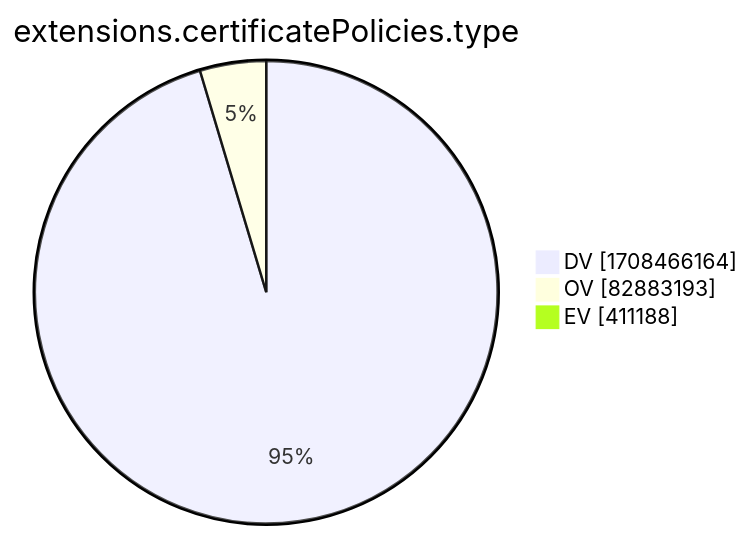
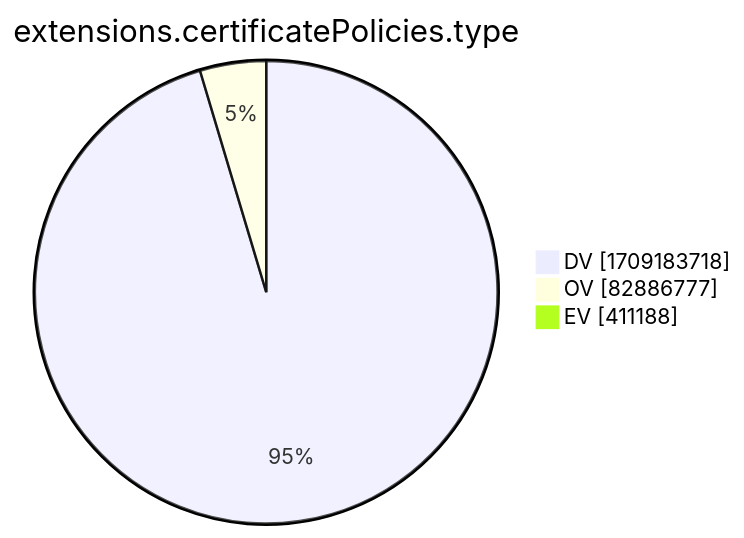
One commit to christiankrug/ctmonitor_visualization changed the tenth of 15 diagrams in xenon2022/README.md. Above: the diagram before and after it, drawn with Mermaid. The commit also changed other lines of this file, not shown here.

````diff
--- a/xenon2022/README.md
+++ b/xenon2022/README.md
@@ -2881,7 +2881,7 @@
 ```mermaid
 pie showData
 title extensions.certificatePolicies.type
-"DV" :1708466164
-"OV" :82883193
+"DV" :1709183718
+"OV" :82886777
 "EV" :411188
 ```
````
